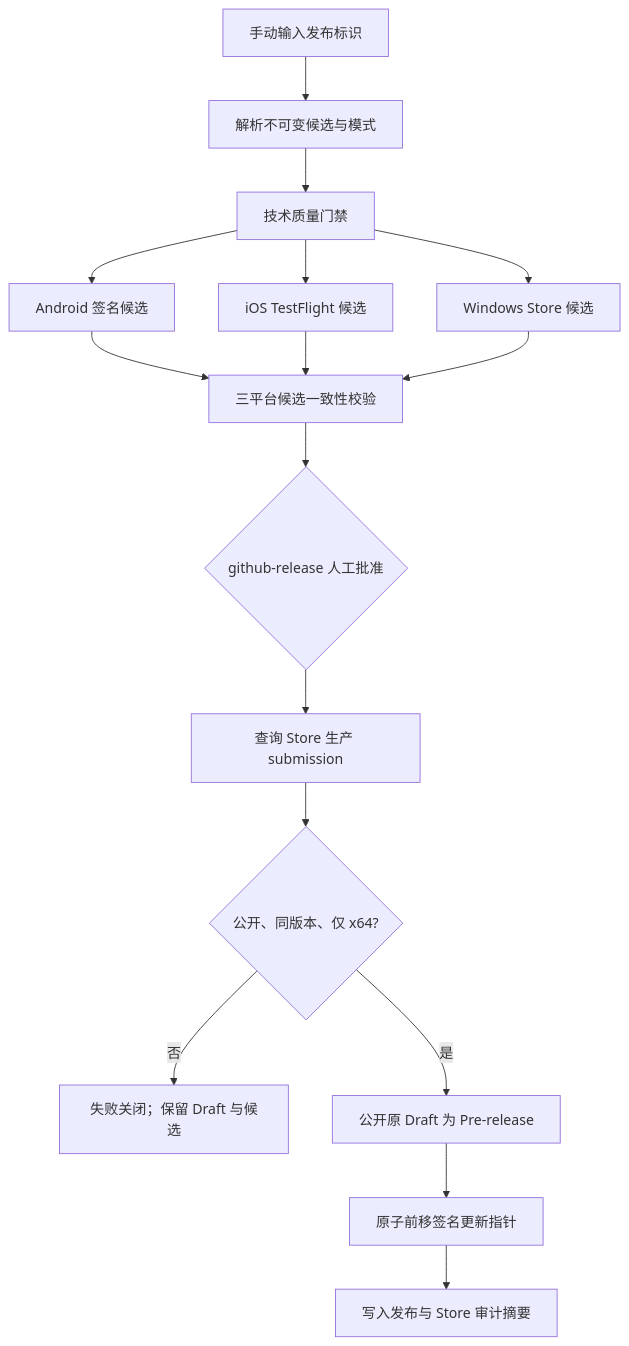
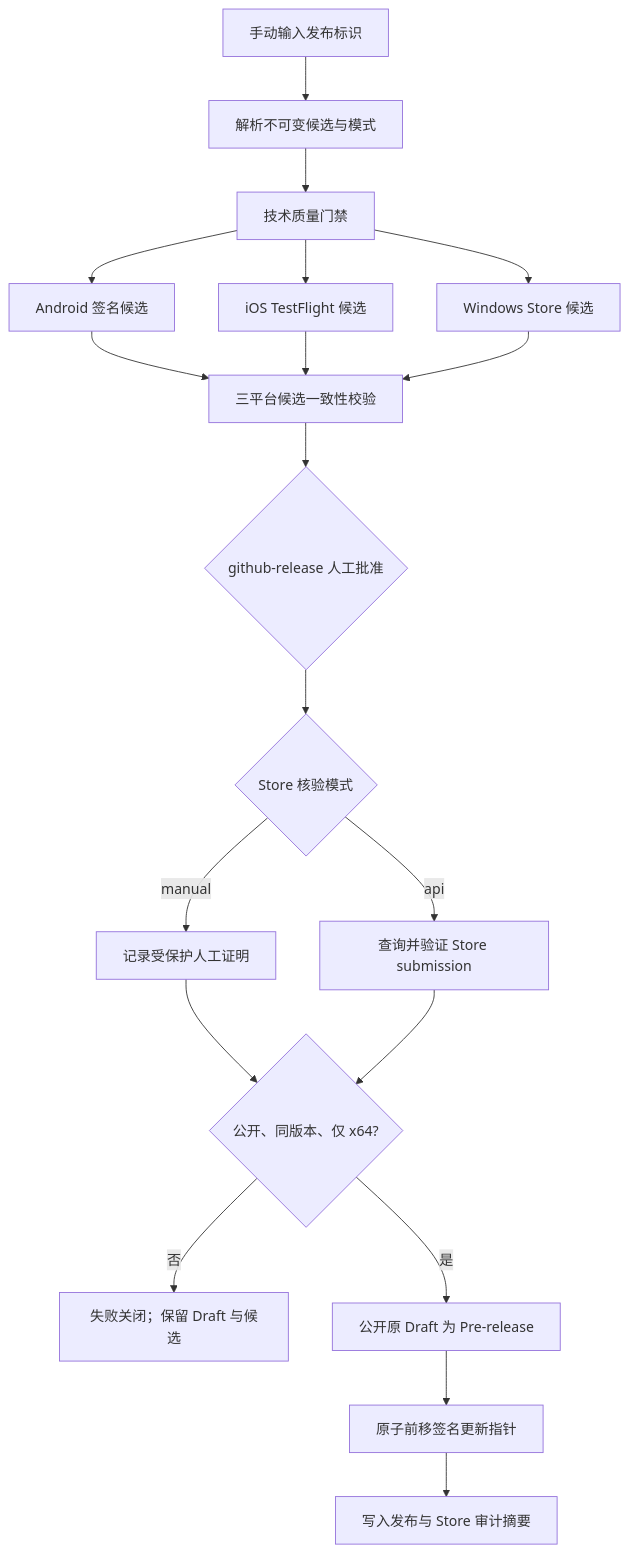
The diagram in spec/spec-process-cicd-alpha-release.md (zhangheng2022/meet_trace), drawn with Mermaid before and after one commit. The commit also changed other lines of this file and 9 other files, not shown here.

````diff
--- a/spec/spec-process-cicd-alpha-release.md
+++ b/spec/spec-process-cicd-alpha-release.md
@@ -22,18 +22,21 @@
 ```mermaid
 flowchart TD
   A[手动输入发布标识] --> B[解析不可变候选与模式]
   B --> C[技术质量门禁]
   C --> D[Android 签名候选]
   C --> E[iOS TestFlight 候选]
   C --> F[Windows Store 候选]
   D --> G[三平台候选一致性校验]
   E --> G
   F --> G
   G --> H{github-release 人工批准}
-  H --> I[查询 Store 生产 submission]
-  I --> J{公开、同版本、仅 x64?}
-  J -->|否| K[失败关闭；保留 Draft 与候选]
-  J -->|是| L[公开原 Draft 为 Pre-release]
-  L --> M[原子前移签名更新指针]
-  M --> N[写入发布与 Store 审计摘要]
+  H --> I{Store 核验模式}
+  I -->|manual| J[记录受保护人工证明]
+  I -->|api| K[查询并验证 Store submission]
+  J --> L{公开、同版本、仅 x64?}
+  K --> L
+  L -->|否| O[失败关闭；保留 Draft 与候选]
+  L -->|是| M[公开原 Draft 为 Pre-release]
+  M --> N[原子前移签名更新指针]
+  N --> P[写入发布与 Store 审计摘要]
 ```
````
